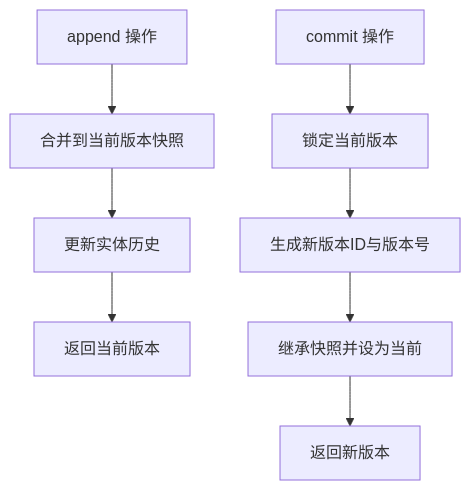
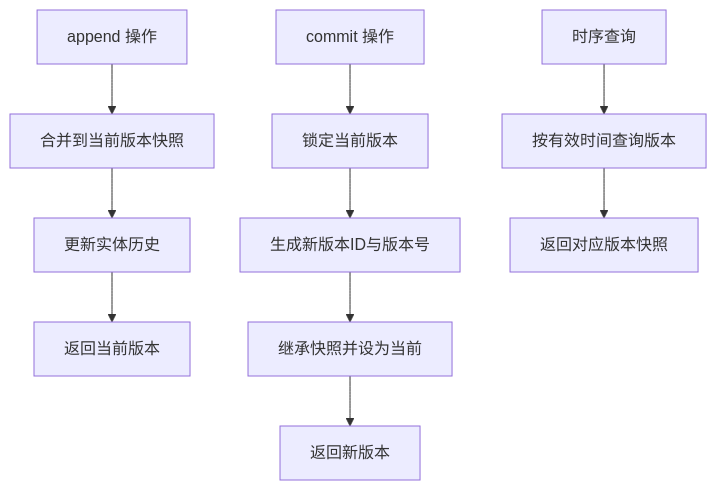
The fifth of 11 diagrams in .qoder/repowiki/zh/content/架构设计/分层架构设计/L3-L4 业务层/本体管理引擎.md (inier/ontology-graphiti), drawn with Mermaid before and after one commit. The commit also changed other lines of this file and 76 other files, not shown here.

````diff
--- a/.qoder/repowiki/zh/content/架构设计/分层架构设计/L3-L4 业务层/本体管理引擎.md
+++ b/.qoder/repowiki/zh/content/架构设计/分层架构设计/L3-L4 业务层/本体管理引擎.md
@@ -193,10 +233,12 @@
 ```mermaid
 flowchart TD
 A["append 操作"] --> B["合并到当前版本快照"]
 B --> C["更新实体历史"]
 C --> D["返回当前版本"]
 E["commit 操作"] --> F["锁定当前版本"]
 F --> G["生成新版本ID与版本号"]
 G --> H["继承快照并设为当前"]
 H --> I["返回新版本"]
+J["时序查询"] --> K["按有效时间查询版本"]
+K --> L["返回对应版本快照"]
 ```
````
